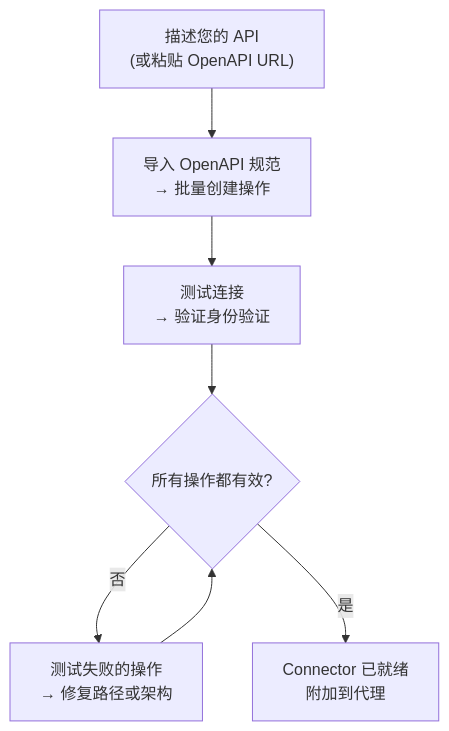
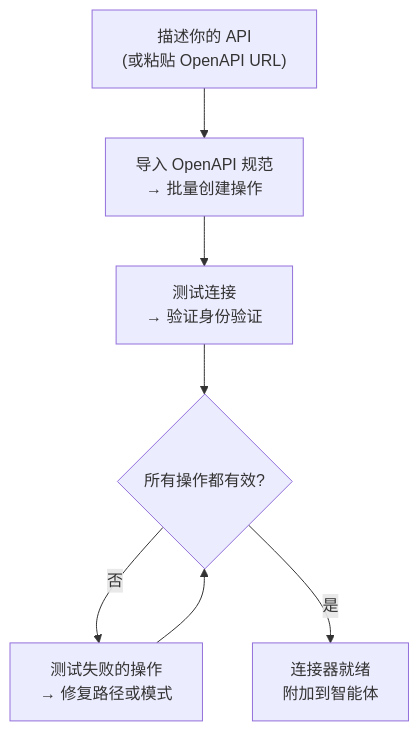
The first of 2 diagrams in docs/zh/concepts/ai-builder.mdx (lucky20160622/fim-one), drawn with Mermaid before and after one commit. The commit also changed other lines of this file and 141 other files, not shown here.

````diff
--- a/docs/zh/concepts/ai-builder.mdx
+++ b/docs/zh/concepts/ai-builder.mdx
@@ -31,10 +41,10 @@
 ```mermaid
 flowchart TD
-  A["描述您的 API<br/>(或粘贴 OpenAPI URL)"]
+  A["描述你的 API<br/>(或粘贴 OpenAPI URL)"]
   A --> B["导入 OpenAPI 规范<br/>→ 批量创建操作"]
   B --> C["测试连接<br/>→ 验证身份验证"]
   C --> D{"所有操作都有效?"}
-  D -- 否 --> E["测试失败的操作<br/>→ 修复路径或架构"]
+  D -- 否 --> E["测试失败的操作<br/>→ 修复路径或模式"]
   E --> D
-  D -- 是 --> F["Connector 已就绪<br/>附加到代理"]
+  D -- 是 --> F["连接器就绪<br/>附加到智能体"]
 ```
````
